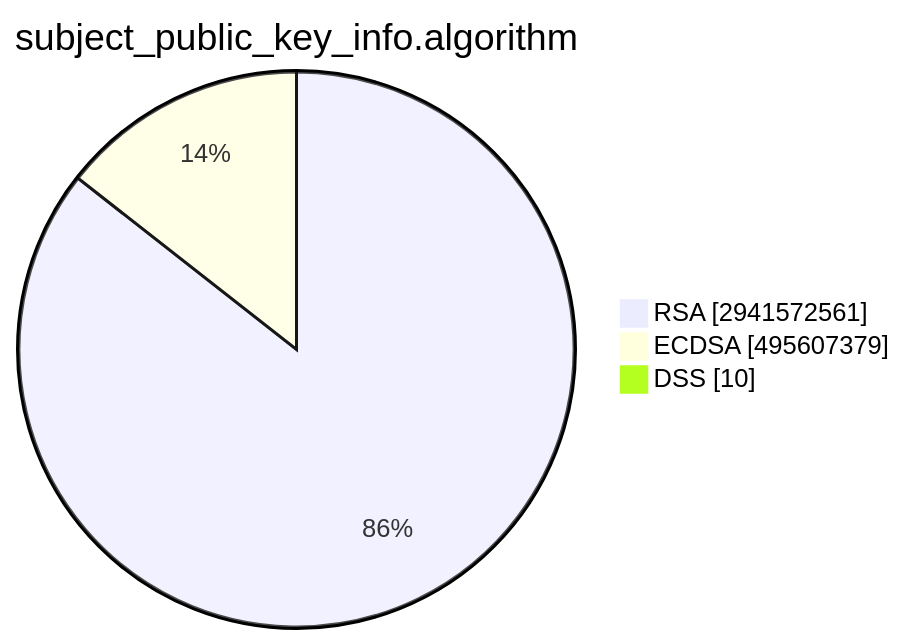
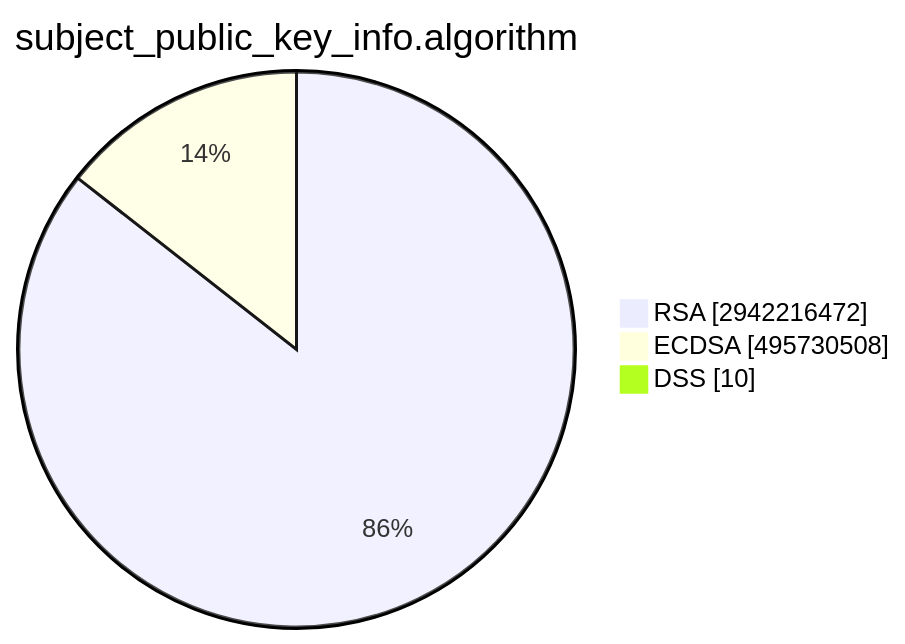
The second of 15 diagrams in TOTAL/README.md (christiankrug/ctmonitor_visualization), drawn with Mermaid before and after one commit. The commit also changed other lines of this file, not shown here.

````diff
--- a/TOTAL/README.md
+++ b/TOTAL/README.md
@@ -6,7 +6,7 @@
 ```mermaid
 pie showData
 title subject_public_key_info.algorithm
-"RSA" :2941572561
-"ECDSA" :495607379
+"RSA" :2942216472
+"ECDSA" :495730508
 "DSS" :10
 ```
````
